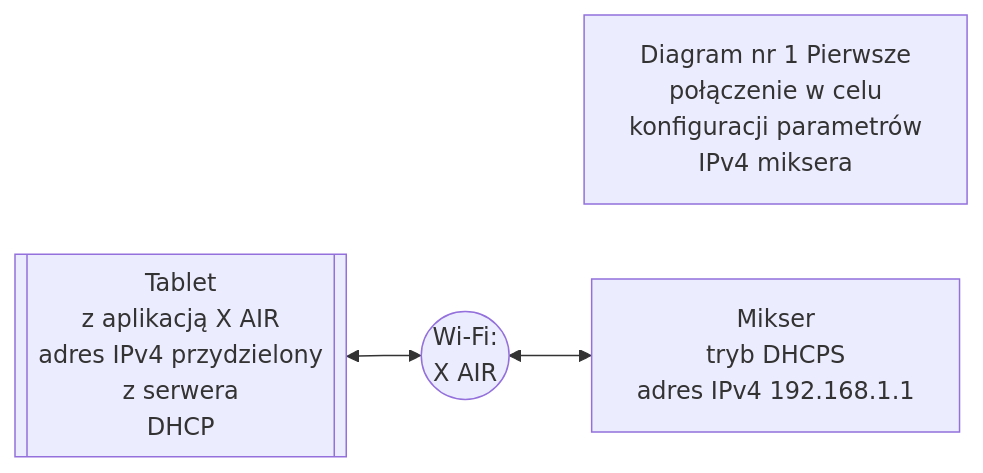
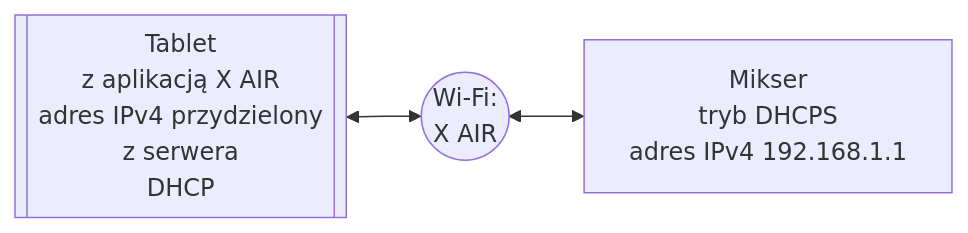
Before and after one commit to wklteam64/wklteam64.github.io: the diagram in _posts/2025-10-01-Mikser_i_bramka_artnet_sterowane_z_tabletu.md, drawn with Mermaid. The commit also changed other lines of this file, not shown here.

````diff
--- a/_posts/2025-10-01-Mikser_i_bramka_artnet_sterowane_z_tabletu.md
+++ b/_posts/2025-10-01-Mikser_i_bramka_artnet_sterowane_z_tabletu.md
@@ -22,20 +22,17 @@
 ```mermaid
 flowchart RL 
-title[Diagram nr 1 Pierwsze 
-połączenie w celu 
- konfiguracji parametrów 
- IPv4 miksera]
-A["Mikser 
+
+A[Mikser 
 tryb DHCPS
-adres IPv4 192.168.1.1"]
+adres IPv4 192.168.1.1]
 B[[Tablet
 z aplikacją X AIR
 adres IPv4 przydzielony 
 z serwera 
 DHCP]]
 C((Wi-Fi: 
-X AIR ))
+X AIR))
 A<-->C
 C<-->B
 
 ```
````
